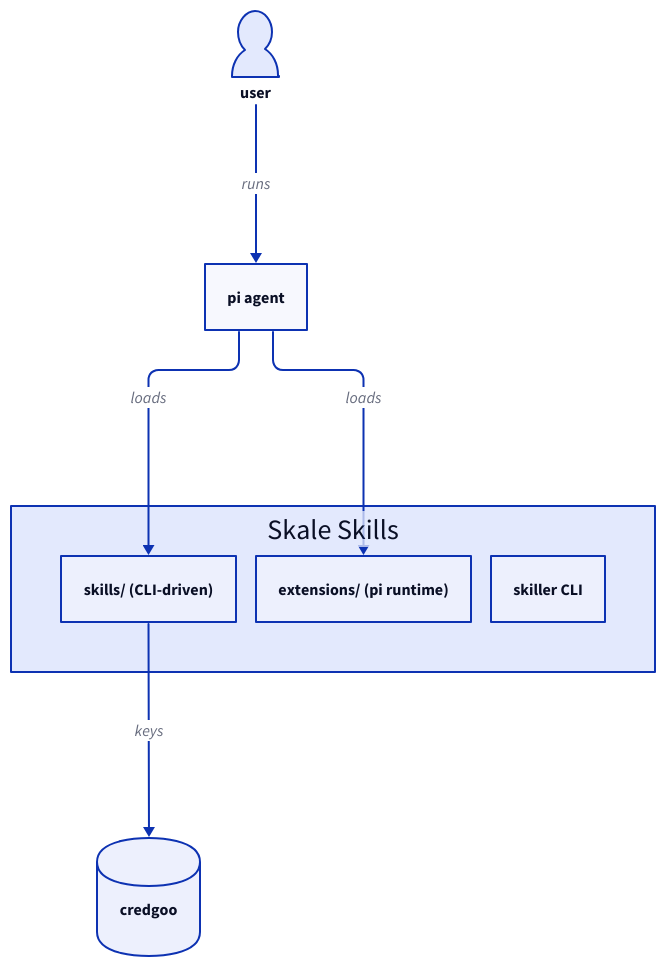
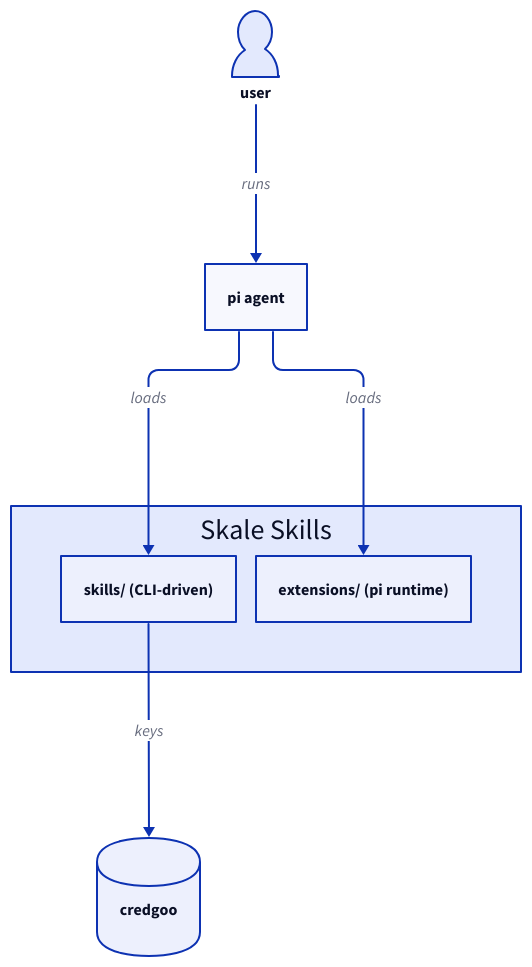
The fifth of 6 diagrams in skills/d2/references/recipes.md (devskale/skale-skills), drawn with D2 before and after one commit. The commit also changed 27 other files, not shown here.

First line of the commit message:
chore: deprecate skiller CLI

````diff
--- a/skills/d2/references/recipes.md
+++ b/skills/d2/references/recipes.md
@@ -123,15 +123,14 @@
 ```d2
 vars: { d2-config: { layout-engine: elk } }
 user: { shape: person }
 system: "Skale Skills" {
   skills: "skills/ (CLI-driven)"
   extensions: "extensions/ (pi runtime)"
-  skiller: "skiller CLI"
 }
 pi: "pi agent"
 credgoo: { shape: cylinder; label: "credgoo" }
 user -> pi: runs
 pi -> system.skills: loads
 pi -> system.extensions: loads
 system.skills -> credgoo: keys
 ```
````
